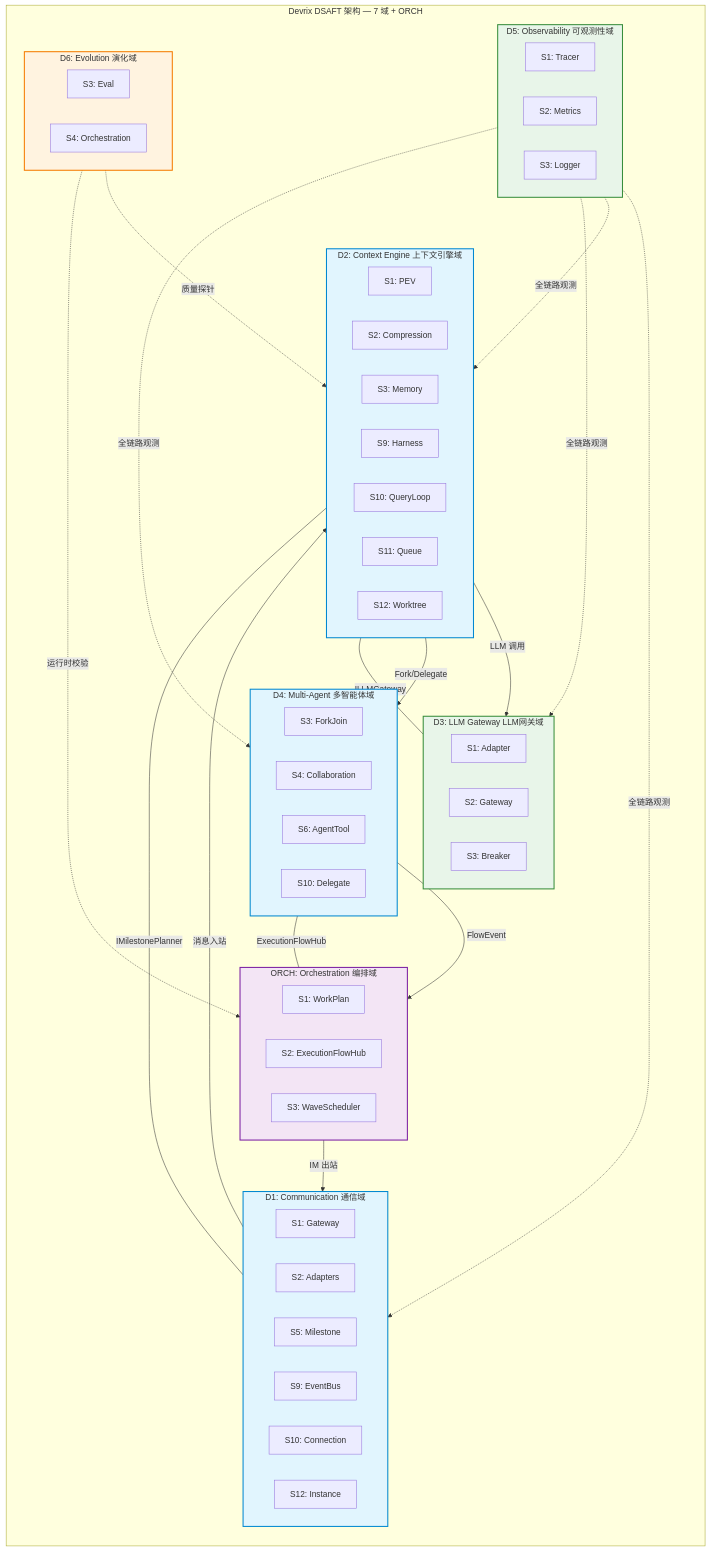
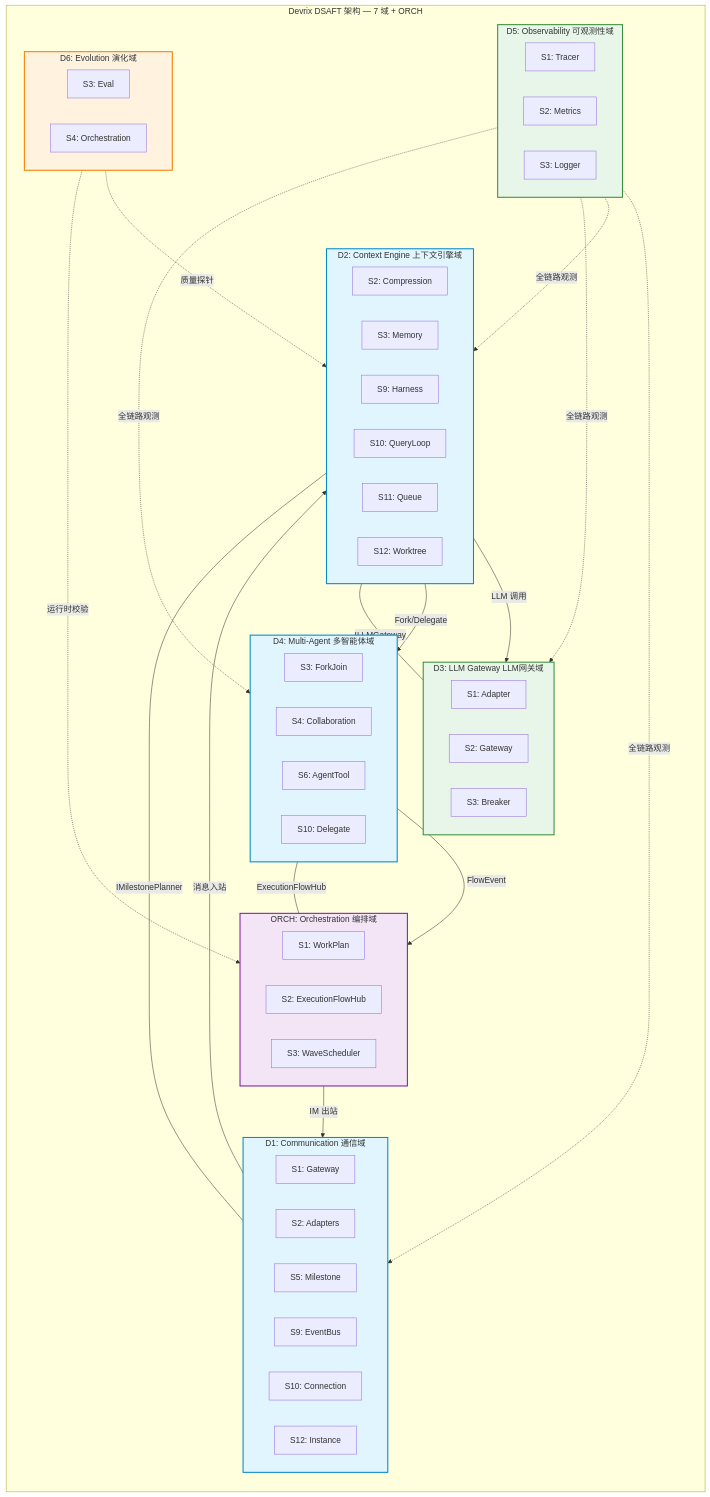
Before and after one commit to fqntxmqee/devrix: the diagram in openspec/specs/architecture/dsaft-architecture.mmd, drawn with Mermaid. The commit also changed 89 other files, not shown here.

```diff
--- a/openspec/specs/architecture/dsaft-architecture.mmd
+++ b/openspec/specs/architecture/dsaft-architecture.mmd
@@ -1,88 +1,87 @@
 graph TB
     subgraph DOMAINS["Devrix DSAFT 架构 — 7 域 + ORCH"]
         direction TB
 
         subgraph D1["D1: Communication 通信域"]
             direction LR
             D1S1["S1: Gateway"]
             D1S2["S2: Adapters"]
             D1S5["S5: Milestone"]
             D1S9["S9: EventBus"]
             D1S10["S10: Connection"]
             D1S12["S12: Instance"]
         end
 
         subgraph D2["D2: Context Engine 上下文引擎域"]
             direction LR
-            D2S1["S1: PEV"]
             D2S2["S2: Compression"]
             D2S3["S3: Memory"]
             D2S9["S9: Harness"]
             D2S10["S10: QueryLoop"]
             D2S11["S11: Queue"]
             D2S12["S12: Worktree"]
         end
 
         subgraph D3["D3: LLM Gateway LLM网关域"]
             direction LR
             D3S1["S1: Adapter"]
             D3S2["S2: Gateway"]
             D3S3["S3: Breaker"]
         end
 
         subgraph D4["D4: Multi-Agent 多智能体域"]
             direction LR
             D4S3["S3: ForkJoin"]
             D4S4["S4: Collaboration"]
             D4S6["S6: AgentTool"]
             D4S10["S10: Delegate"]
         end
 
         subgraph ORCH["ORCH: Orchestration 编排域"]
             direction LR
             OS1["S1: WorkPlan"]
             OS2["S2: ExecutionFlowHub"]
             OS3["S3: WaveScheduler"]
         end
 
         subgraph D5["D5: Observability 可观测性域"]
             direction LR
             D5S1["S1: Tracer"]
             D5S2["S2: Metrics"]
             D5S3["S3: Logger"]
         end
 
         subgraph D6["D6: Evolution 演化域"]
             direction LR
             D6S3["S3: Eval"]
             D6S4["S4: Orchestration"]
         end
     end
 
     %% 核心数据流
     D1 -->|"消息入站"| D2
     D2 -->|"LLM 调用"| D3
     D2 -->|"Fork/Delegate"| D4
     D4 -->|"FlowEvent"| ORCH
     ORCH -->|"IM 出站"| D1
     D5 -.->|"全链路观测"| D1
     D5 -.->|"全链路观测"| D2
     D5 -.->|"全链路观测"| D3
     D5 -.->|"全链路观测"| D4
     D6 -.->|"质量探针"| D2
     D6 -.->|"运行时校验"| ORCH
 
     %% 契约依赖
     D1 ---|"IMilestonePlanner"| D2
     D2 ---|"ILLMGateway"| D3
     D4 ---|"ExecutionFlowHub"| ORCH
 
     classDef core fill:#e1f5fe,stroke:#0288d1,stroke-width:2px
     classDef public fill:#e8f5e9,stroke:#388e3c,stroke-width:2px
     classDef support fill:#fff3e0,stroke:#f57c00,stroke-width:2px
     classDef orch fill:#f3e5f5,stroke:#7b1fa2,stroke-width:2px
 
     class D1,D2,D4 core
     class D3,D5 public
     class D6 support
     class ORCH orch
```
